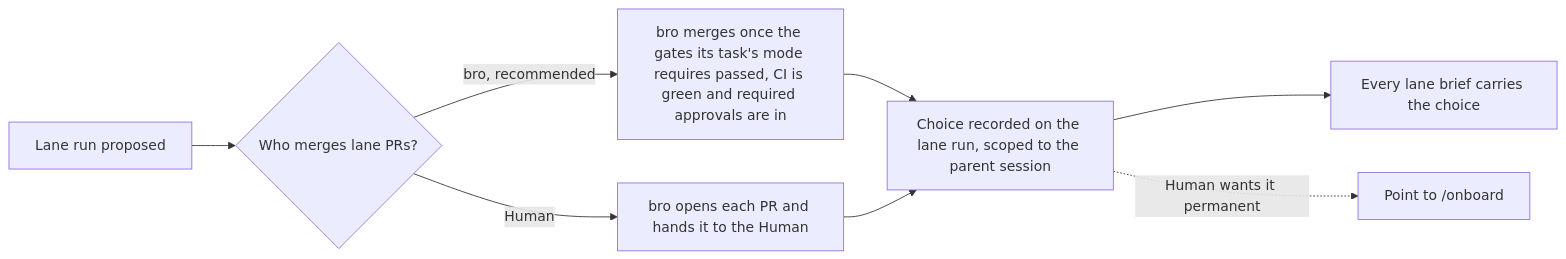
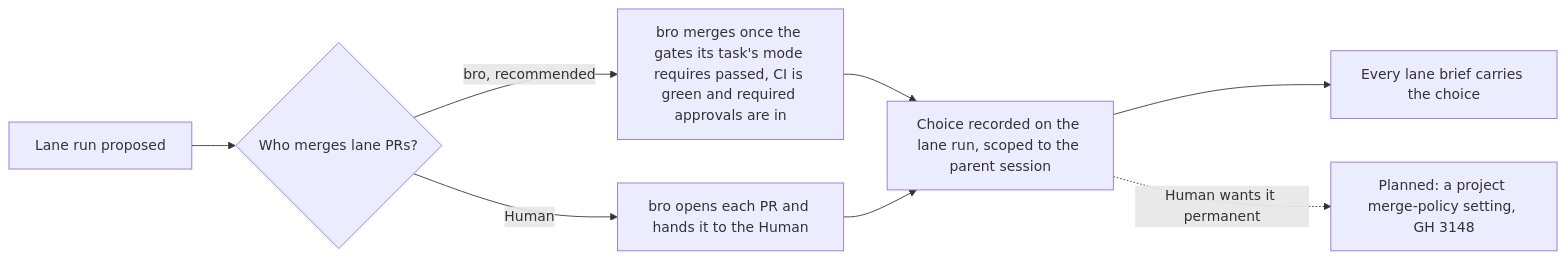
One commit to trustmybot/plugin changed the first of 6 diagrams in docs/architecture/LANES.md. Above: the diagram before and after it, drawn with Mermaid. The commit also changed other lines of this file and 1 other file, not shown here.

Commit message:
📝 docs(lanes): mark permanent merge policy as planned (GH 3148)

````diff
--- a/docs/architecture/LANES.md
+++ b/docs/architecture/LANES.md
@@ -31,10 +31,10 @@
 ```mermaid
 flowchart LR
     A[Lane run proposed] --> B{Who merges lane PRs?}
     B -- bro, recommended --> C[bro merges once the gates its task's mode requires passed, CI is green and required approvals are in]
     B -- Human --> D[bro opens each PR and hands it to the Human]
     C --> E[Choice recorded on the lane run, scoped to the parent session]
     D --> E
     E --> F[Every lane brief carries the choice]
-    E -. Human wants it permanent .-> G[Point to /onboard]
+    E -. Human wants it permanent .-> G[Planned: a project merge-policy setting, GH 3148]
 ```
````
